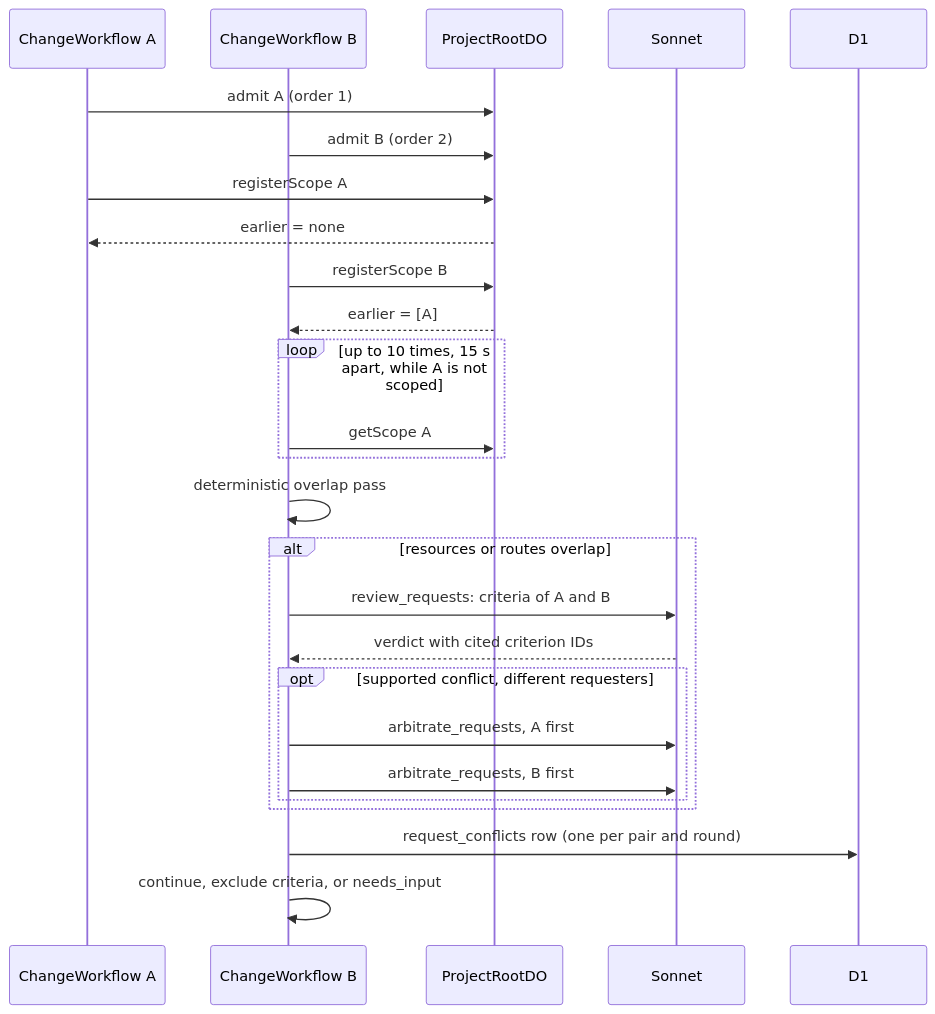
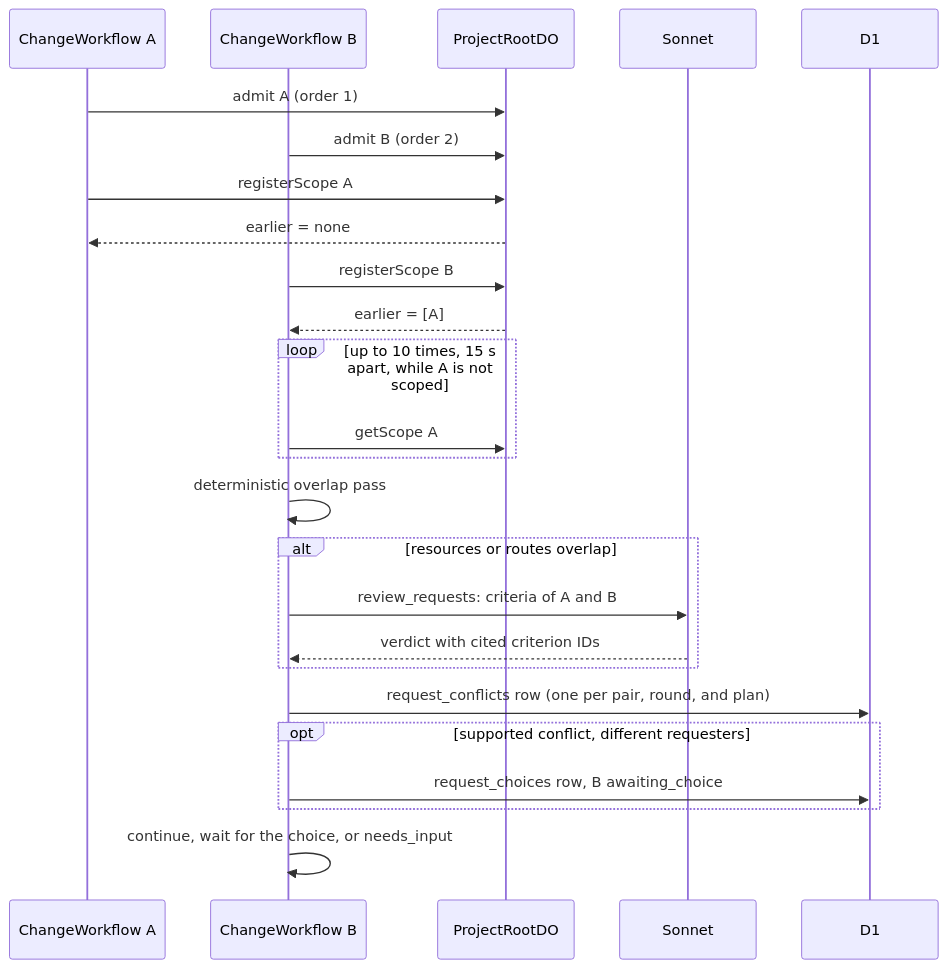
One commit to nsudhanva/rhumbatron changed the third of 5 diagrams in docs/architecture/shared-projects.md. Above: the diagram before and after it, drawn with Mermaid. The commit also changed other lines of this file and 97 other files, not shown here.

First line of the commit message:
feat(integration): first-come conflicts, app-aware intake, medium auto-ship

````diff
--- a/docs/architecture/shared-projects.md
+++ b/docs/architecture/shared-projects.md
@@ -262,29 +290,28 @@
 ```mermaid
 sequenceDiagram
   participant WA as ChangeWorkflow A
   participant WB as ChangeWorkflow B
   participant Root as ProjectRootDO
   participant Rev as Sonnet
   participant D1
 
   WA->>Root: admit A (order 1)
   WB->>Root: admit B (order 2)
   WA->>Root: registerScope A
   Root-->>WA: earlier = none
   WB->>Root: registerScope B
   Root-->>WB: earlier = [A]
   loop up to 10 times, 15 s apart, while A is not scoped
     WB->>Root: getScope A
   end
   WB->>WB: deterministic overlap pass
   alt resources or routes overlap
     WB->>Rev: review_requests: criteria of A and B
     Rev-->>WB: verdict with cited criterion IDs
-    opt supported conflict, different requesters
-      WB->>Rev: arbitrate_requests, A first
-      WB->>Rev: arbitrate_requests, B first
-    end
   end
-  WB->>D1: request_conflicts row (one per pair and round)
-  WB->>WB: continue, exclude criteria, or needs_input
+  WB->>D1: request_conflicts row (one per pair, round, and plan)
+  opt supported conflict, different requesters
+    WB->>D1: request_choices row, B awaiting_choice
+  end
+  WB->>WB: continue, wait for the choice, or needs_input
 ```
````
